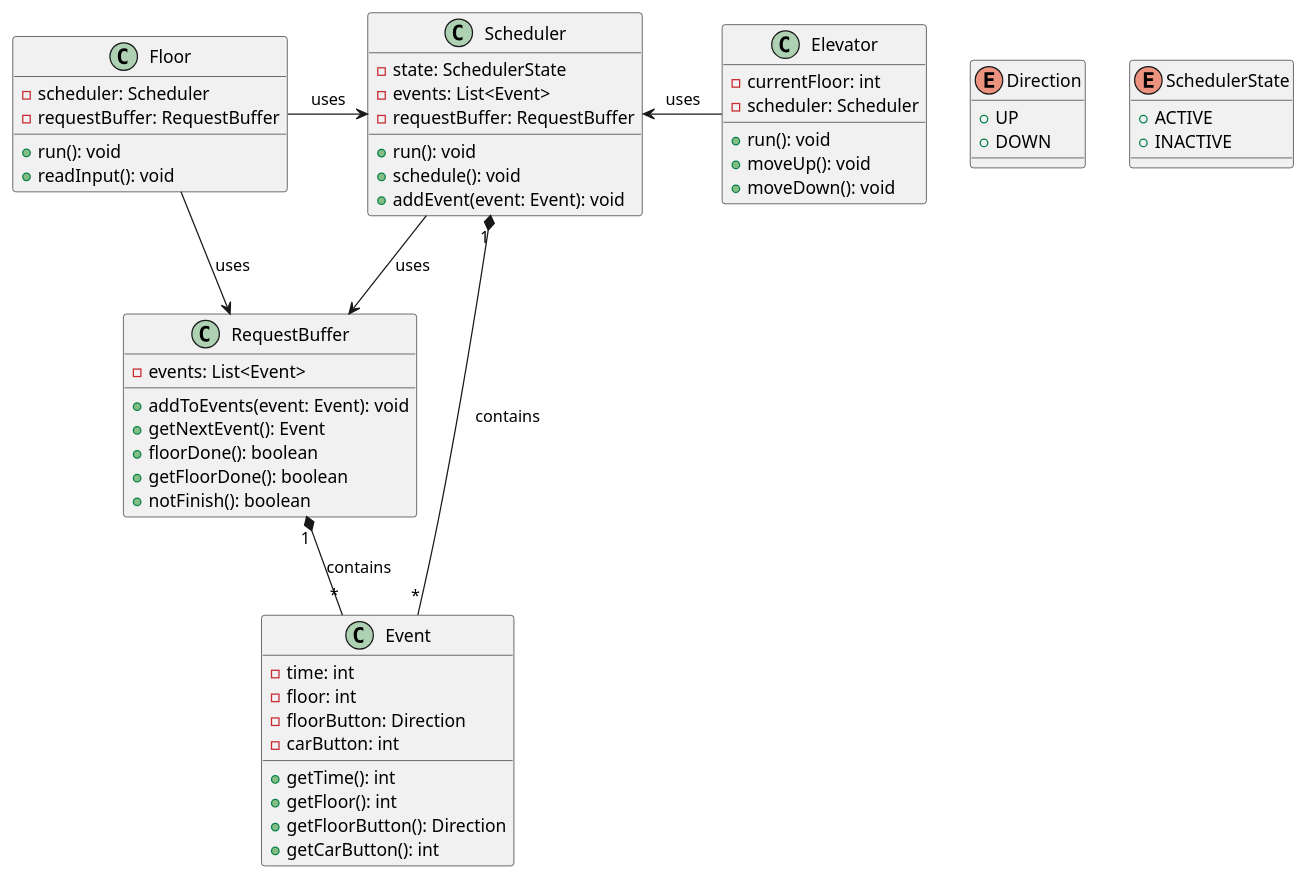
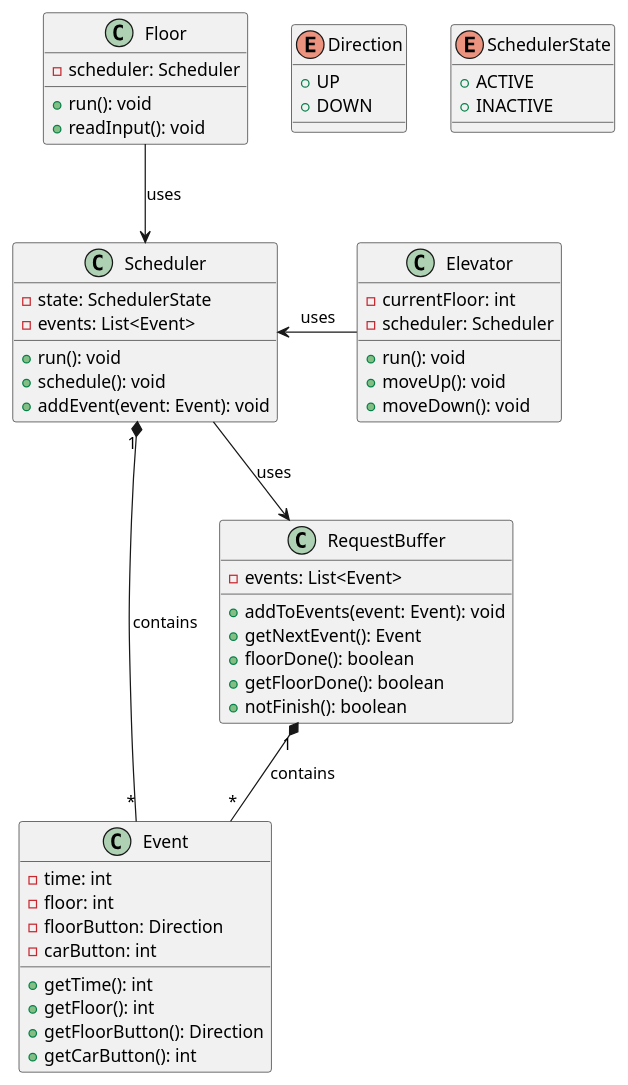
Before and after one commit to ruiunknownrui/ElevatorSimulator: the diagram in UML-Diagrams/plantUML-code/class_diagram.puml, drawn with PlantUML. The commit also changed 3 other files, not shown here.

Commit message:
Updated UML diagrams

```diff
--- a/UML-Diagrams/plantUML-code/class_diagram.puml
+++ b/UML-Diagrams/plantUML-code/class_diagram.puml
@@ -1,64 +1,62 @@
 @startuml
 enum Direction {
     +UP
     +DOWN
 }
 
 enum SchedulerState {
     +ACTIVE
     +INACTIVE
 }
+
 
 class Event {
     -time: int
     -floor: int
     -floorButton: Direction
     -carButton: int
     +getTime(): int
     +getFloor(): int
     +getFloorButton(): Direction
     +getCarButton(): int
 }
 
 class Floor {
     -scheduler: Scheduler
-    -requestBuffer: RequestBuffer
     +run(): void
     +readInput(): void
 }
 
 class Elevator {
     -currentFloor: int
     -scheduler: Scheduler
     +run(): void
     +moveUp(): void
     +moveDown(): void
 }
 
 class Scheduler {
     -state: SchedulerState
     -events: List<Event>
-    -requestBuffer: RequestBuffer
     +run(): void
     +schedule(): void
     +addEvent(event: Event): void
 }
 
 class RequestBuffer {
     -events: List<Event>
     +addToEvents(event: Event): void
     +getNextEvent(): Event
     +floorDone(): boolean
     +getFloorDone(): boolean
     +notFinish(): boolean
 }
 
 
 
-Floor -right-> Scheduler : uses
-Floor -down-> RequestBuffer : uses
+Floor -down-> Scheduler : uses
 Elevator -left-> Scheduler : uses
 Scheduler -down-> RequestBuffer : uses
 Scheduler "1" *-- "*" Event : contains
 RequestBuffer "1" *-- "*" Event : contains
 @enduml
```
